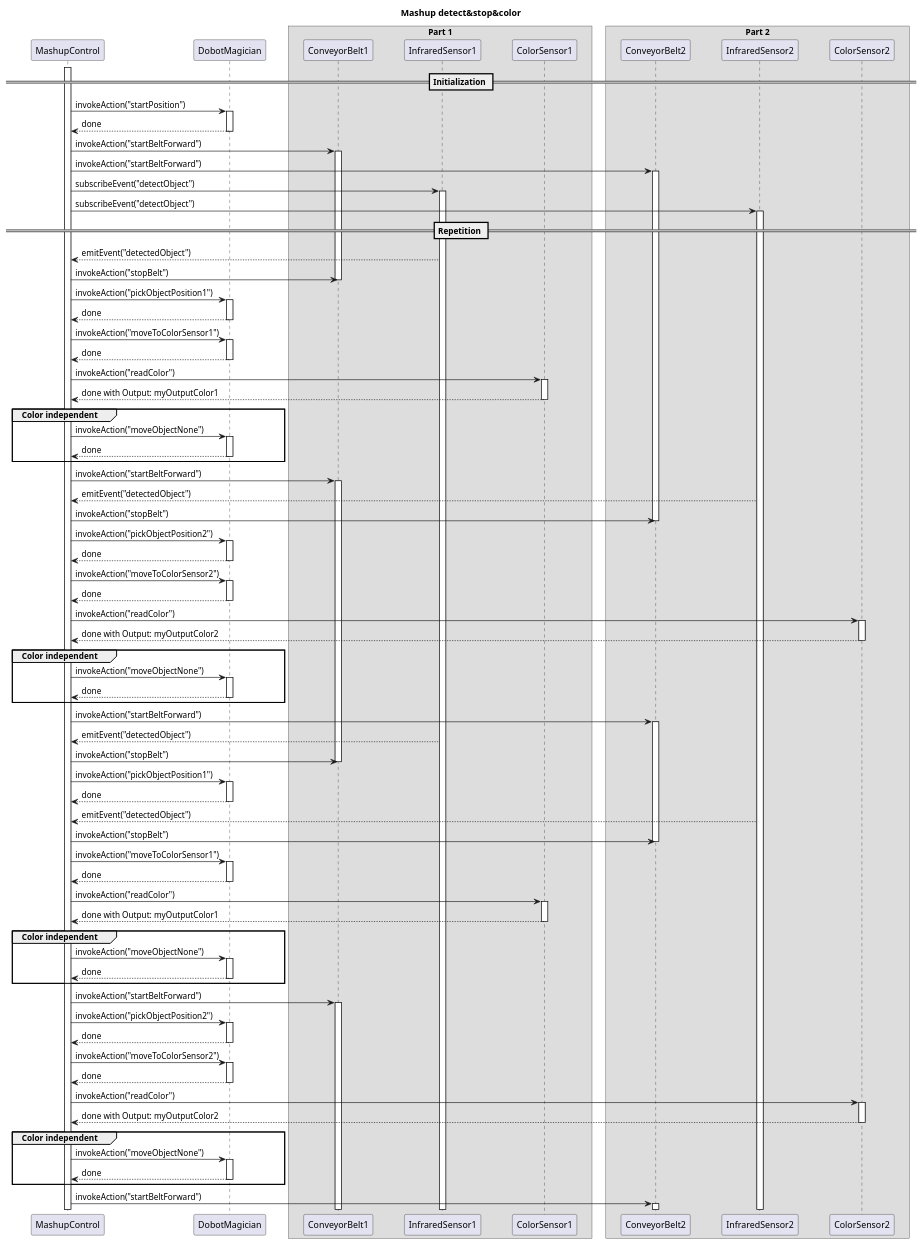
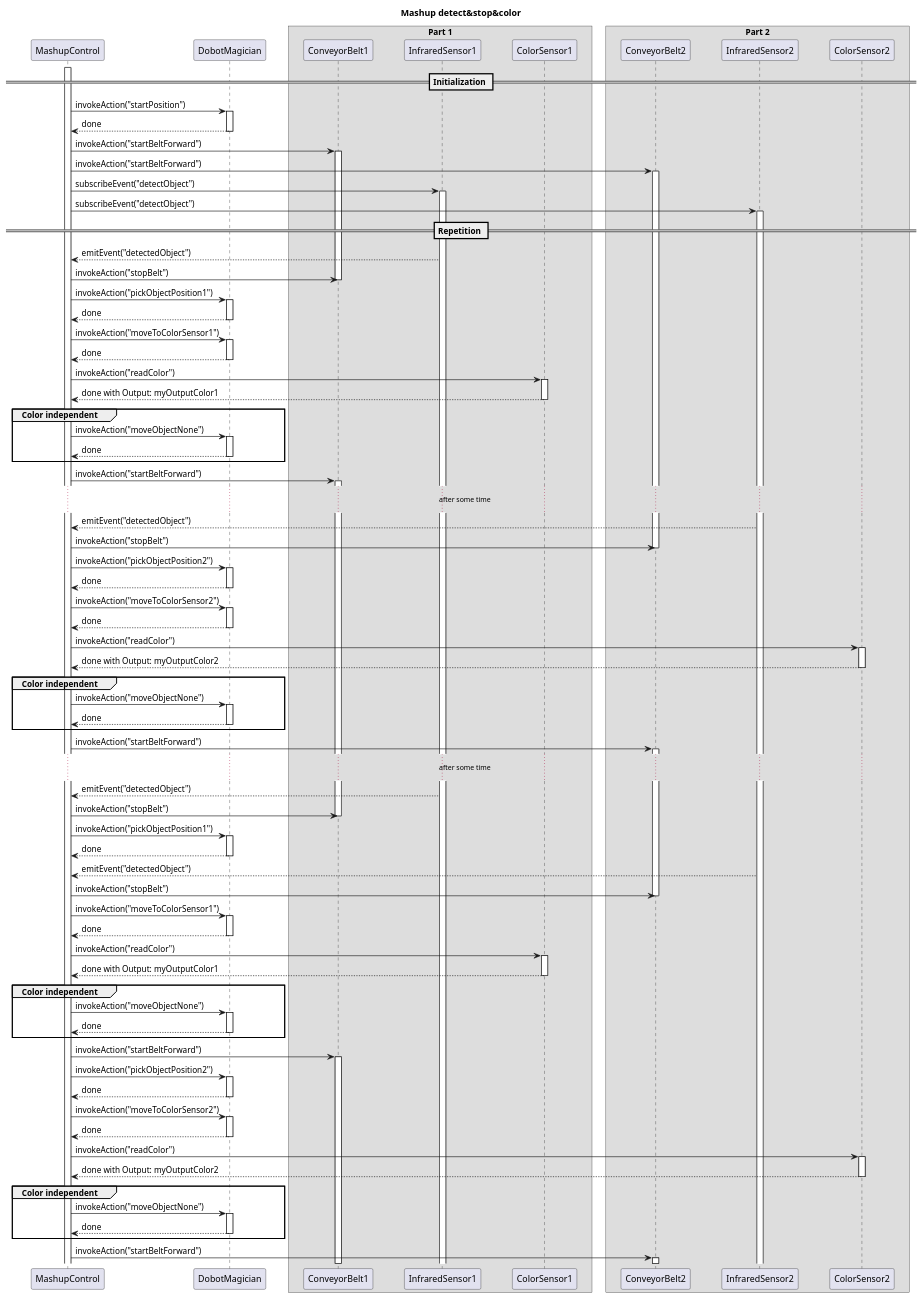
One commit to tum-esi/wot-sys changed the diagram in SequenceDiagrams/SequenceDiagramUML_mashup_detect_stop_color.wsd. Above: the diagram before and after it, drawn with PlantUML.

```diff
--- a/SequenceDiagrams/SequenceDiagramUML_mashup_detect_stop_color.wsd
+++ b/SequenceDiagrams/SequenceDiagramUML_mashup_detect_stop_color.wsd
@@ -1,144 +1,147 @@
 @startuml
 
 title Mashup detect&stop&color
 
 skinparam ParticipantPadding 20
 skinparam BoxPadding 10
 
 participant MashupControl as MC
 participant DobotMagician as DM
 
 box "Part 1"
 participant ConveyorBelt1 as CB1
 participant InfraredSensor1 as IS1
 participant ColorSensor1 as CS1
 end box
 
 box "Part 2"
 participant ConveyorBelt2 as CB2
 participant InfraredSensor2 as IS2
 participant ColorSensor2 as CS2
 end box
 
 
 == Initialization ==
 
 activate MC
 
 MC -> DM: invokeAction("startPosition")
 activate DM
 MC <-- DM: done
 deactivate DM
 
 MC -> CB1: invokeAction("startBeltForward")
 activate CB1
 MC -> CB2: invokeAction("startBeltForward")
 activate CB2
 
 MC -> IS1: subscribeEvent("detectObject")
 activate IS1
 
 MC -> IS2: subscribeEvent("detectObject")
 activate IS2
 
 == Repetition ==
 
 MC <-- IS1: emitEvent("detectedObject")
 MC -> CB1: invokeAction("stopBelt")
 deactivate CB1
 MC -> DM: invokeAction("pickObjectPosition1")
 activate DM
 MC <-- DM: done
 deactivate DM
 MC -> DM: invokeAction("moveToColorSensor1")
 activate DM
 MC <-- DM: done
 deactivate DM
 MC -> CS1: invokeAction("readColor")
 activate CS1
 MC <-- CS1: done with Output: myOutputColor1
 deactivate CS1
 group Color independent
 MC -> DM: invokeAction("moveObjectNone")
 activate DM
 MC <-- DM: done
 deactivate DM
 end
 MC -> CB1: invokeAction("startBeltForward")
 activate CB1
 
+... after some time ...
 
 MC <-- IS2: emitEvent("detectedObject")
 MC -> CB2: invokeAction("stopBelt")
 deactivate CB2
 MC -> DM: invokeAction("pickObjectPosition2")
 activate DM
 MC <-- DM: done
 deactivate DM
 MC -> DM: invokeAction("moveToColorSensor2")
 activate DM
 MC <-- DM: done
 deactivate DM
 MC -> CS2: invokeAction("readColor")
 activate CS2
 MC <-- CS2: done with Output: myOutputColor2
 deactivate CS2
 group Color independent
 MC -> DM: invokeAction("moveObjectNone")
 activate DM
 MC <-- DM: done
 deactivate DM
 end
 MC -> CB2: invokeAction("startBeltForward")
 activate CB2
+
+... after some time ...
 
 MC <-- IS1: emitEvent("detectedObject")
 MC -> CB1: invokeAction("stopBelt")
 deactivate CB1
 MC -> DM: invokeAction("pickObjectPosition1")
 activate DM
 MC <-- DM: done
 deactivate DM
 
 MC <-- IS2: emitEvent("detectedObject")
 MC -> CB2: invokeAction("stopBelt")
 deactivate CB2
 
 MC -> DM: invokeAction("moveToColorSensor1")
 activate DM
 MC <-- DM: done
 deactivate DM
 MC -> CS1: invokeAction("readColor")
 activate CS1
 MC <-- CS1: done with Output: myOutputColor1
 deactivate CS1
 group Color independent
 MC -> DM: invokeAction("moveObjectNone")
 activate DM
 MC <-- DM: done
 deactivate DM
 end
 MC -> CB1: invokeAction("startBeltForward")
 activate CB1
 
 MC -> DM: invokeAction("pickObjectPosition2")
 activate DM
 MC <-- DM: done
 deactivate DM
 MC -> DM: invokeAction("moveToColorSensor2")
 activate DM
 MC <-- DM: done
 deactivate DM
 MC -> CS2: invokeAction("readColor")
 activate CS2
 MC <-- CS2: done with Output: myOutputColor2
 deactivate CS2
 group Color independent
 MC -> DM: invokeAction("moveObjectNone")
 activate DM
 MC <-- DM: done
 deactivate DM
 end
 MC -> CB2: invokeAction("startBeltForward")
 activate CB2
 @enduml
```
